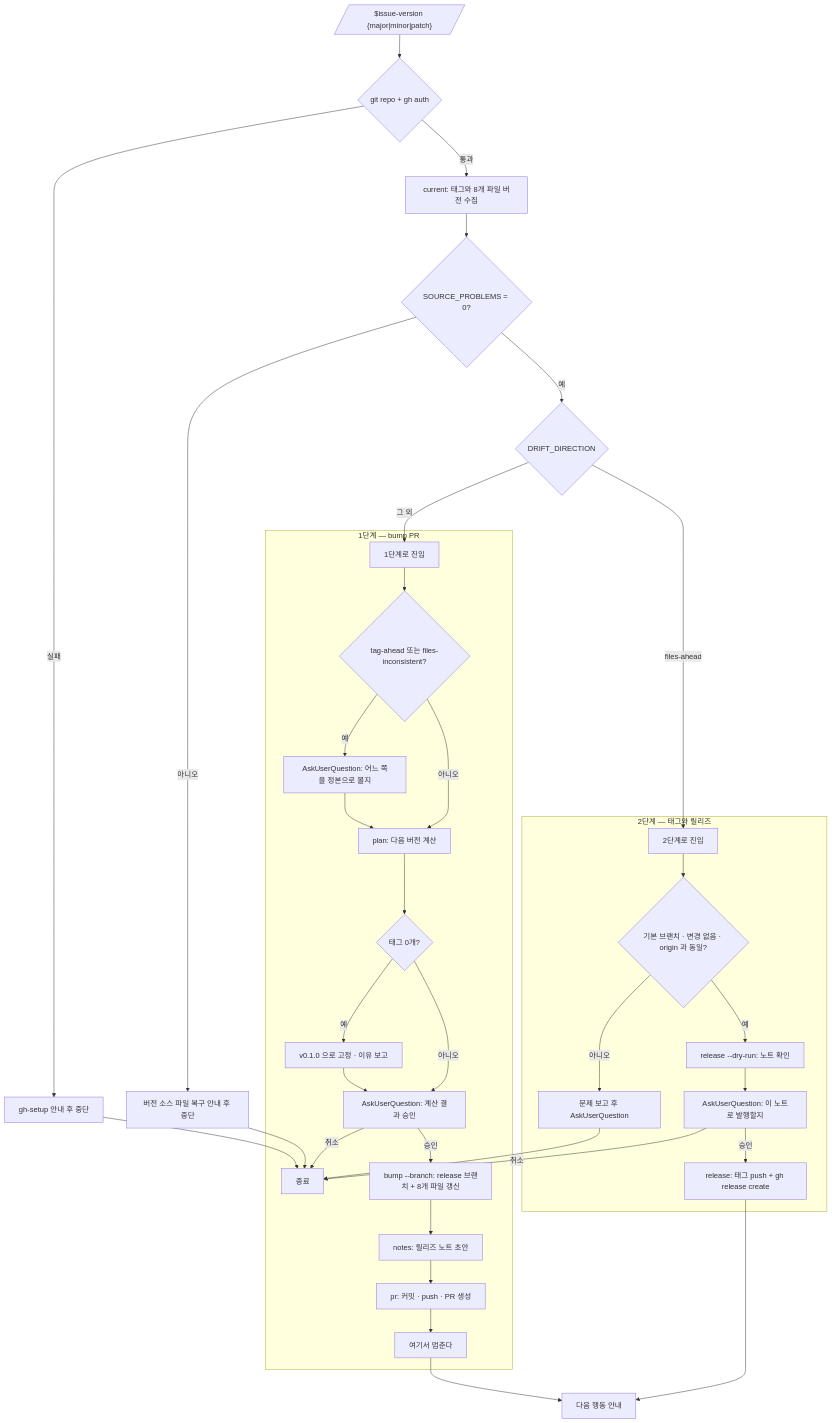
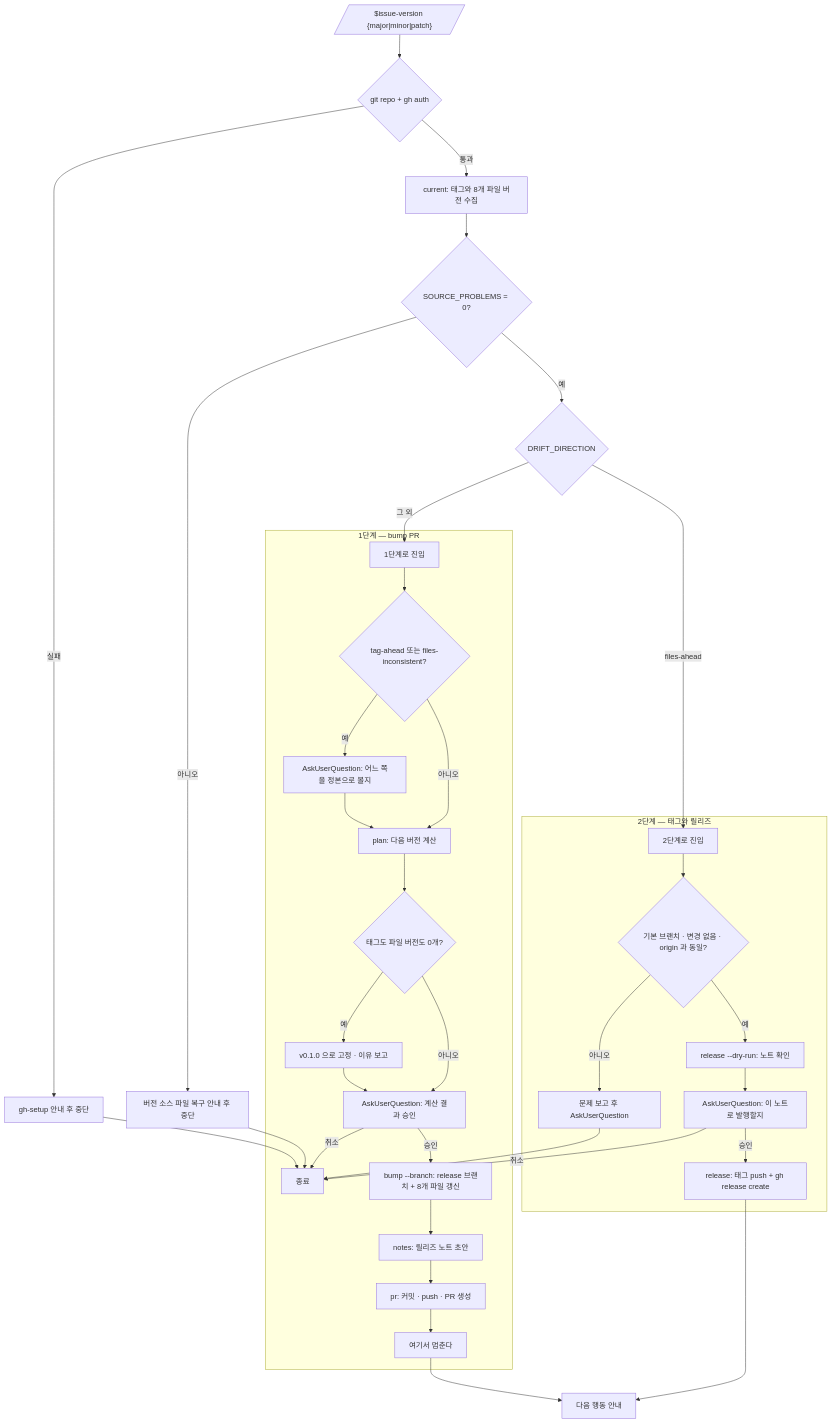
Before and after one commit to Mineru98/samsara: the diagram in skills/issue-version/SKILL.md, drawn with Mermaid. The commit also changed other lines of this file and 2 other files, not shown here.

````diff
--- a/skills/issue-version/SKILL.md
+++ b/skills/issue-version/SKILL.md
@@ -54,38 +55,38 @@
 ```mermaid
 flowchart TD
     A[/"$issue-version {major|minor|patch}"/] --> B{git repo + gh auth}
     B -- 실패 --> B1[gh-setup 안내 후 중단] --> Z[종료]
     B -- 통과 --> C[current: 태그와 8개 파일 버전 수집]
 
     C --> C1{SOURCE_PROBLEMS = 0?}
     C1 -- 아니오 --> C2[버전 소스 파일 복구 안내 후 중단] --> Z
     C1 -- 예 --> D{DRIFT_DIRECTION}
     D -->|files-ahead| S2[2단계로 진입]
     D -->|그 외| S1[1단계로 진입]
 
     subgraph ONE["1단계 — bump PR"]
       S1 --> E{tag-ahead 또는 files-inconsistent?}
       E -- 예 --> E1[AskUserQuestion: 어느 쪽을 정본으로 볼지] --> F
       E -- 아니오 --> F[plan: 다음 버전 계산]
-      F --> F1{태그 0개?}
+      F --> F1{태그도 파일 버전도 0개?}
       F1 -- 예 --> F2[v0.1.0 으로 고정 · 이유 보고] --> G
       F1 -- 아니오 --> G[AskUserQuestion: 계산 결과 승인]
       G -- 취소 --> Z
       G -- 승인 --> H[bump --branch: release 브랜치 + 8개 파일 갱신]
       H --> I[notes: 릴리즈 노트 초안]
       I --> J[pr: 커밋 · push · PR 생성]
       J --> K[여기서 멈춘다]
     end
 
     subgraph TWO["2단계 — 태그와 릴리즈"]
       S2 --> L{기본 브랜치 · 변경 없음 · origin 과 동일?}
       L -- 아니오 --> L1[문제 보고 후 AskUserQuestion] --> Z
       L -- 예 --> M[release --dry-run: 노트 확인]
       M --> N[AskUserQuestion: 이 노트로 발행할지]
       N -- 취소 --> Z
       N -- 승인 --> O[release: 태그 push + gh release create]
     end
 
     K --> P[다음 행동 안내]
     O --> P
 ```
````
